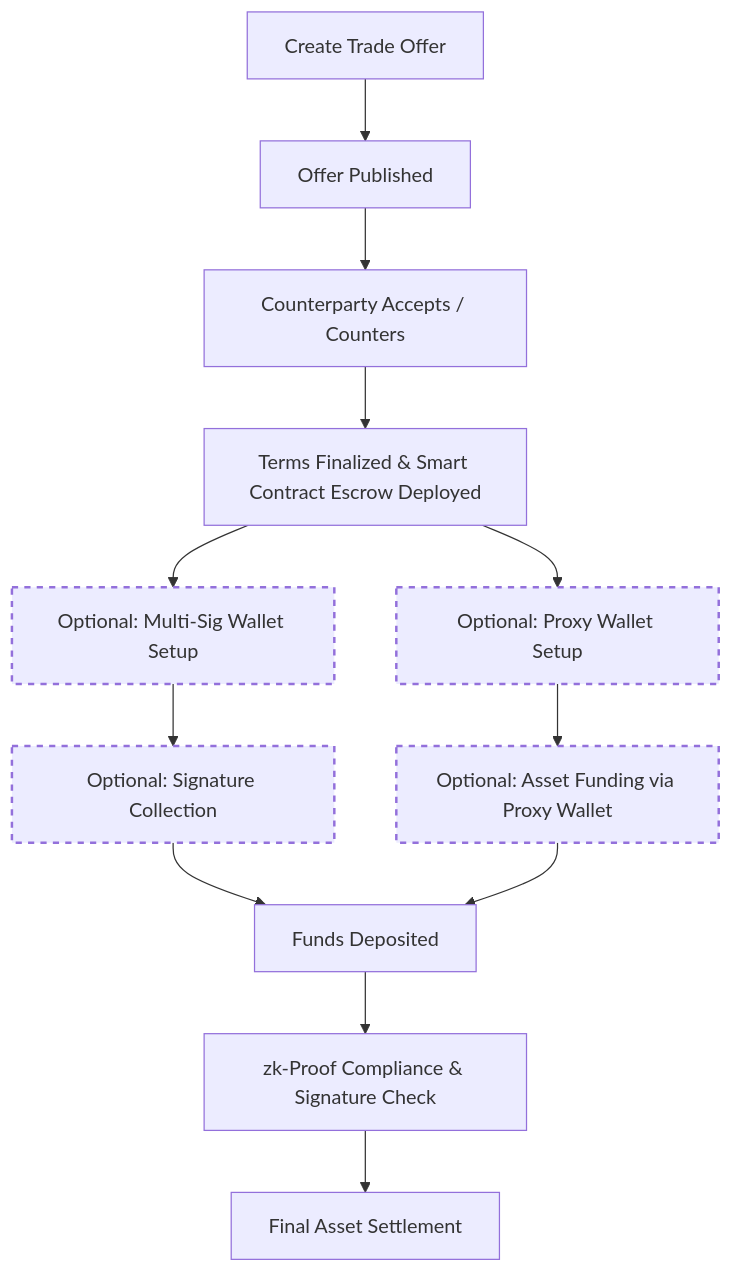
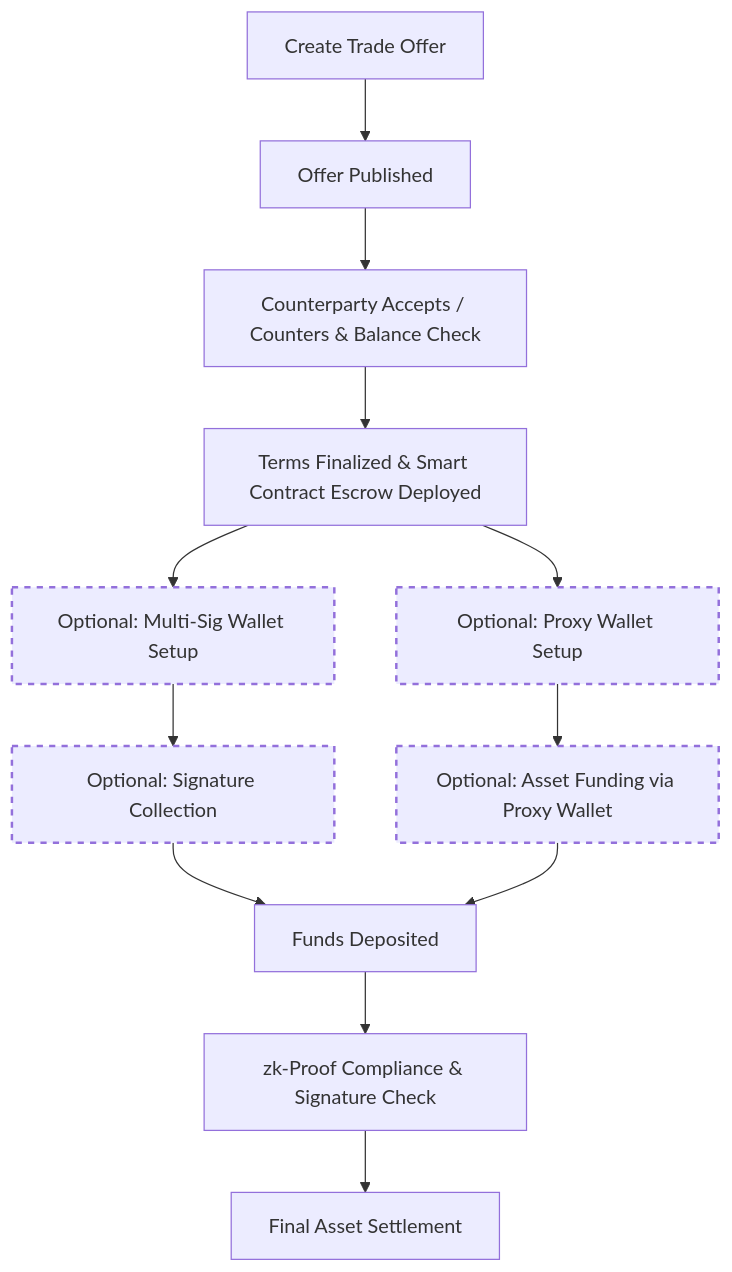
Before and after one commit to nexotc/nexotc-docs: the diagram in docs/modules/otc-trade-workflow.md, drawn with Mermaid. The commit also changed other lines of this file and 10 other files, not shown here.

````diff
--- a/docs/modules/otc-trade-workflow.md
+++ b/docs/modules/otc-trade-workflow.md
@@ -20,22 +20,22 @@
 ```mermaid
 flowchart TD
   A[Create Trade Offer] --> B[Offer Published]
-  B --> C[Counterparty Accepts / Counters]
+  B --> C[Counterparty Accepts / Counters & Balance Check]
   C --> D[Terms Finalized & Smart Contract Escrow Deployed]
   D --> E1[Optional: Multi-Sig Wallet Setup]
   D --> E2[Optional: Proxy Wallet Setup]
 
   E1 --> F1[Optional: Signature Collection]
   E2 --> F2[Optional: Asset Funding via Proxy Wallet]
 
   F1 --> G[Funds Deposited]
   F2 --> G
 
   G --> H[zk-Proof Compliance & Signature Check]
   H --> I[Final Asset Settlement]
 
 style E1 stroke-width:2px,stroke-dasharray: 5 5;
 style E2 stroke-width:2px,stroke-dasharray: 5 5;
 style F1 stroke-width:2px,stroke-dasharray: 5 5;
 style F2 stroke-width:2px,stroke-dasharray: 5 5;
 ```
````
